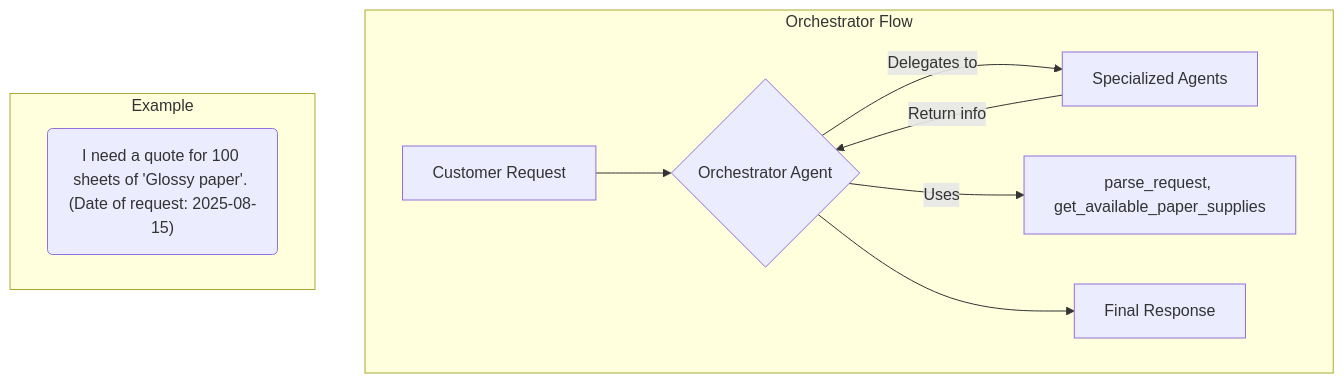
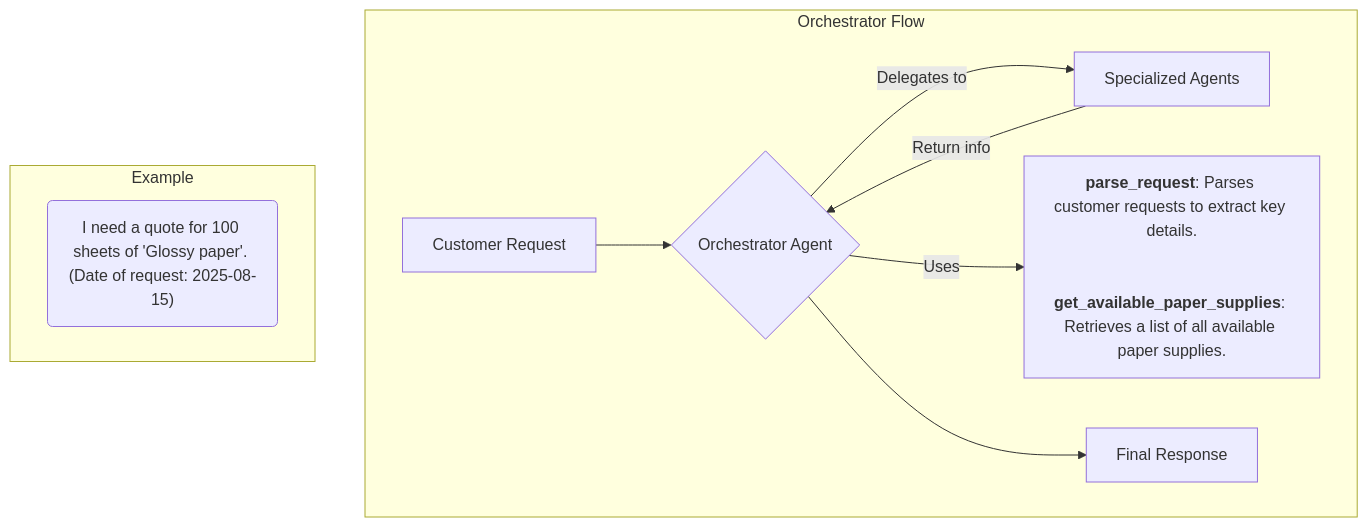
One commit to HyungunKim/nd_ai_agent_project4 changed the second of 11 diagrams in README.md. Above: the diagram before and after it, drawn with Mermaid. The commit also changed other lines of this file, not shown here.

Commit message:
Update the README.md for tool diagrams

````diff
--- a/README.md
+++ b/README.md
@@ -127,15 +127,18 @@
 ```mermaid
 graph TD
     subgraph Orchestrator Flow
         direction LR
         CustomerRequest[Customer Request] --> Orchestrator{Orchestrator Agent}
         Orchestrator -- "Delegates to" --> SpecializedAgents[Specialized Agents]
         SpecializedAgents -- "Return info" --> Orchestrator
-        Orchestrator -- "Uses" --> Tools[parse_request, get_available_paper_supplies]
+        Orchestrator -- "Uses" --> Tools["
+            <b>parse_request</b>: Parses customer requests to extract key details.<br>
+            <b>get_available_paper_supplies</b>: Retrieves a list of all available paper supplies.
+        "]
         Orchestrator --> FinalResponse[Final Response]
     end
     subgraph Example
         direction LR
         Prompt("I need a quote for 100 sheets of 'Glossy paper'. (Date of request: 2025-08-15)")
     end
 ```
````
